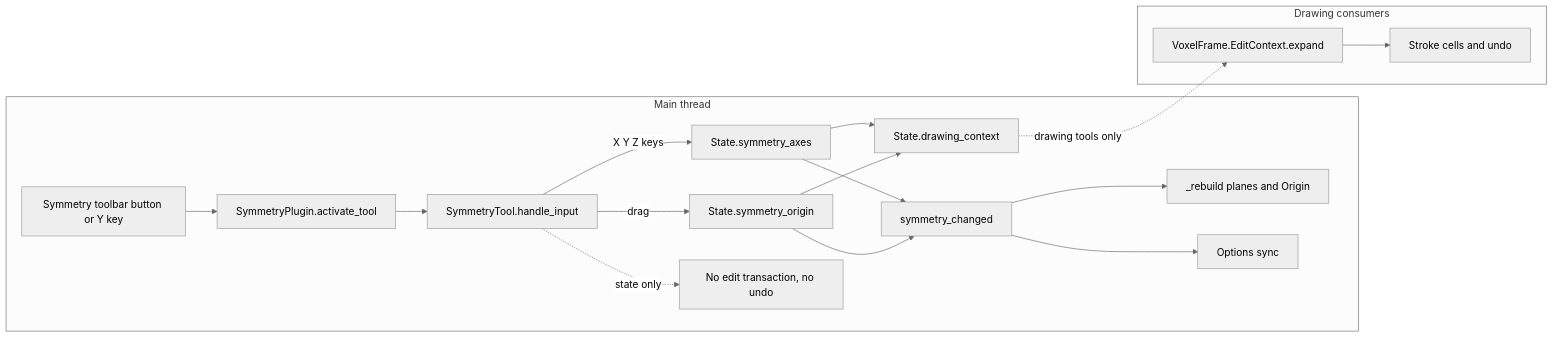
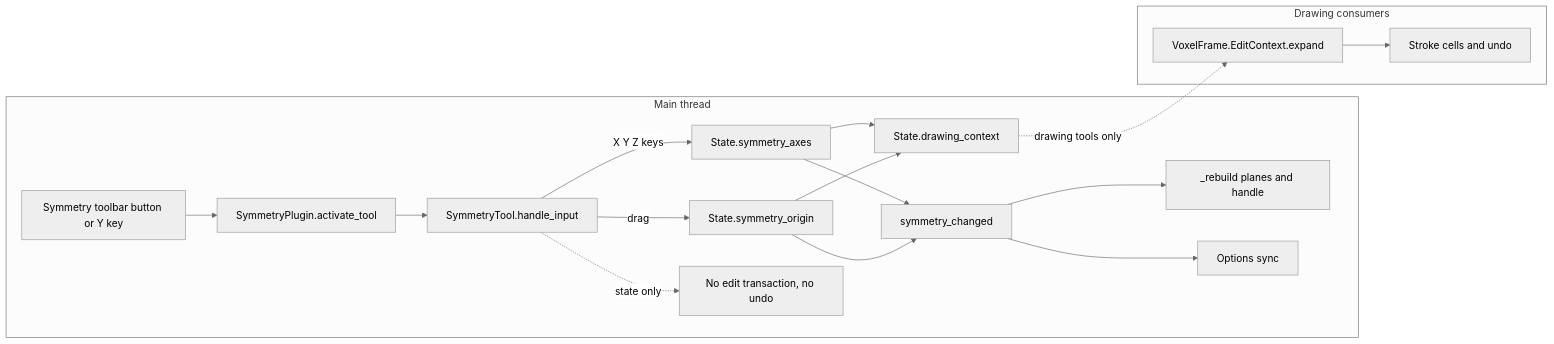
Before and after one commit to LeonardMeagher2/LVE: the sixth of 7 diagrams in docs/agents/tool-flows/shared-and-utilities.md, drawn with Mermaid (neutral theme). The commit also changed other lines of this file and 6 other files, not shown here.

First line of the commit message:
Make the symmetry origin handle a white line square

````diff
--- a/docs/agents/tool-flows/shared-and-utilities.md
+++ b/docs/agents/tool-flows/shared-and-utilities.md
@@ -573,30 +577,30 @@
 ```mermaid
 flowchart LR
   subgraph Main[Main thread]
     A["Symmetry toolbar button or Y key"]
     B["SymmetryPlugin.activate_tool"]
     C["SymmetryTool.handle_input"]
     D["State.symmetry_axes"]
     E["State.symmetry_origin"]
     F["symmetry_changed"]
-    G["_rebuild planes and Origin"]
+    G["_rebuild planes and handle"]
     H["Options sync"]
     I["State.drawing_context"]
     L["No edit transaction, no undo"]
   end
   subgraph Consumer[Drawing consumers]
     J["VoxelFrame.EditContext.expand"]
     K["Stroke cells and undo"]
   end
   A --> B --> C
   C -->|"X Y Z keys"| D
   C -->|"drag"| E
   D --> F
   E --> F
   F --> G
   F --> H
   D --> I
   E --> I
   C -.->|"state only"| L
   I -.->|"drawing tools only"| J --> K
 ```
````
